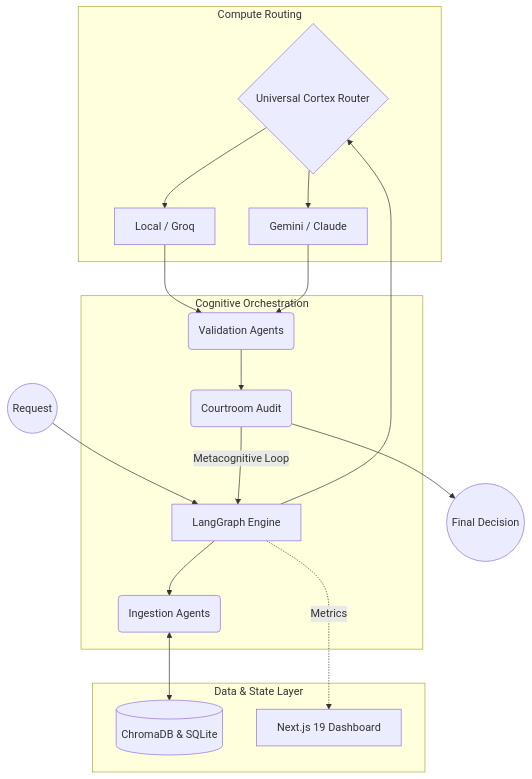
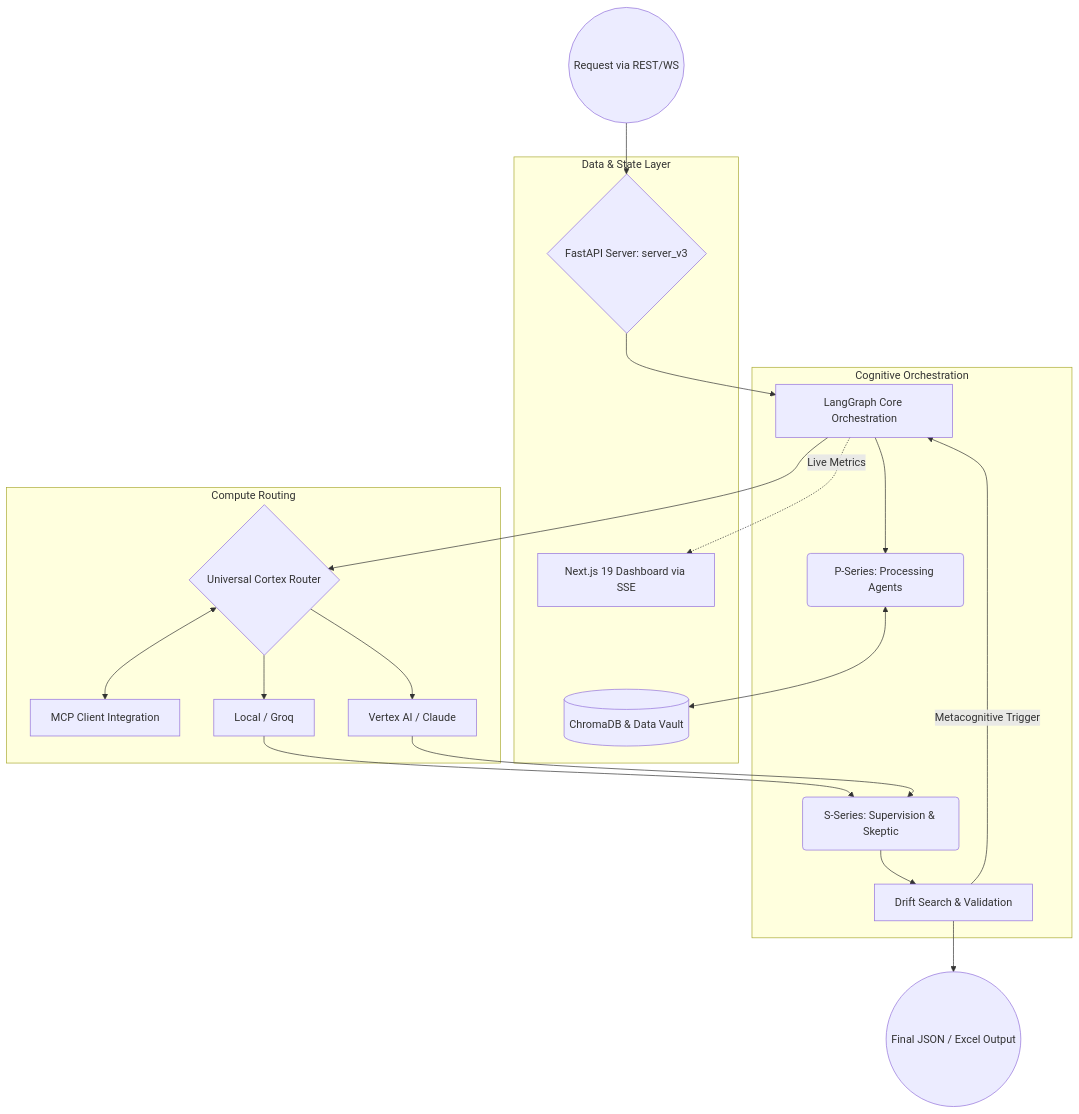
Before and after one commit to SIXxMENDER/Psiquis-X: the diagram in docs/architecture/overview.md, drawn with Mermaid. The commit also changed other lines of this file and 12 other files, not shown here.

First line of the commit message:
feat: Enterprise architecture upgrade

````diff
--- a/docs/architecture/overview.md
+++ b/docs/architecture/overview.md
@@ -26,33 +27,37 @@
 ```mermaid
 graph TD
     subgraph Data & State Layer
-        LTM[(ChromaDB & SQLite)]
-        Telemetry[Next.js 19 Dashboard]
+        LTM[(ChromaDB & Data Vault)]
+        FastAPI{FastAPI Server: server_v3}
+        Telemetry[Next.js 19 Dashboard via SSE]
     end
 
     subgraph Compute Routing
         Router{Universal Cortex Router}
+        MCPContext[MCP Client Integration]
         Local[Local / Groq]
-        Frontier[Gemini / Claude]
+        Frontier[Vertex AI / Claude]
     end
 
     subgraph Cognitive Orchestration
-        Orchest[LangGraph Engine]
-        AgIngest(Ingestion Agents)
-        AgValid(Validation Agents)
-        Audit(Courtroom Audit)
+        Orchest[LangGraph Core Orchestration]
+        PSeries(P-Series: Processing Agents)
+        SSeries(S-Series: Supervision & Skeptic)
+        DriftSearch[Drift Search & Validation]
     end
 
-    Input((Request)) --> Orchest
-    Orchest --> AgIngest
-    AgIngest <--> LTM
+    Input((Request via REST/WS)) --> FastAPI
+    FastAPI --> Orchest
+    Orchest --> PSeries
+    PSeries <--> LTM
     Orchest --> Router
+    Router <--> MCPContext
     Router --> Local
     Router --> Frontier
-    Local --> AgValid
-    Frontier --> AgValid
-    AgValid --> Audit
-    Audit -- "Metacognitive Loop" --> Orchest
-    Audit --> Output((Final Decision))
-    Orchest -. "Metrics" .-> Telemetry
+    Local --> SSeries
+    Frontier --> SSeries
+    SSeries --> DriftSearch
+    DriftSearch -- "Metacognitive Trigger" --> Orchest
+    DriftSearch --> Output((Final JSON / Excel Output))
+    Orchest -. "Live Metrics" .-> Telemetry
 ```
````
